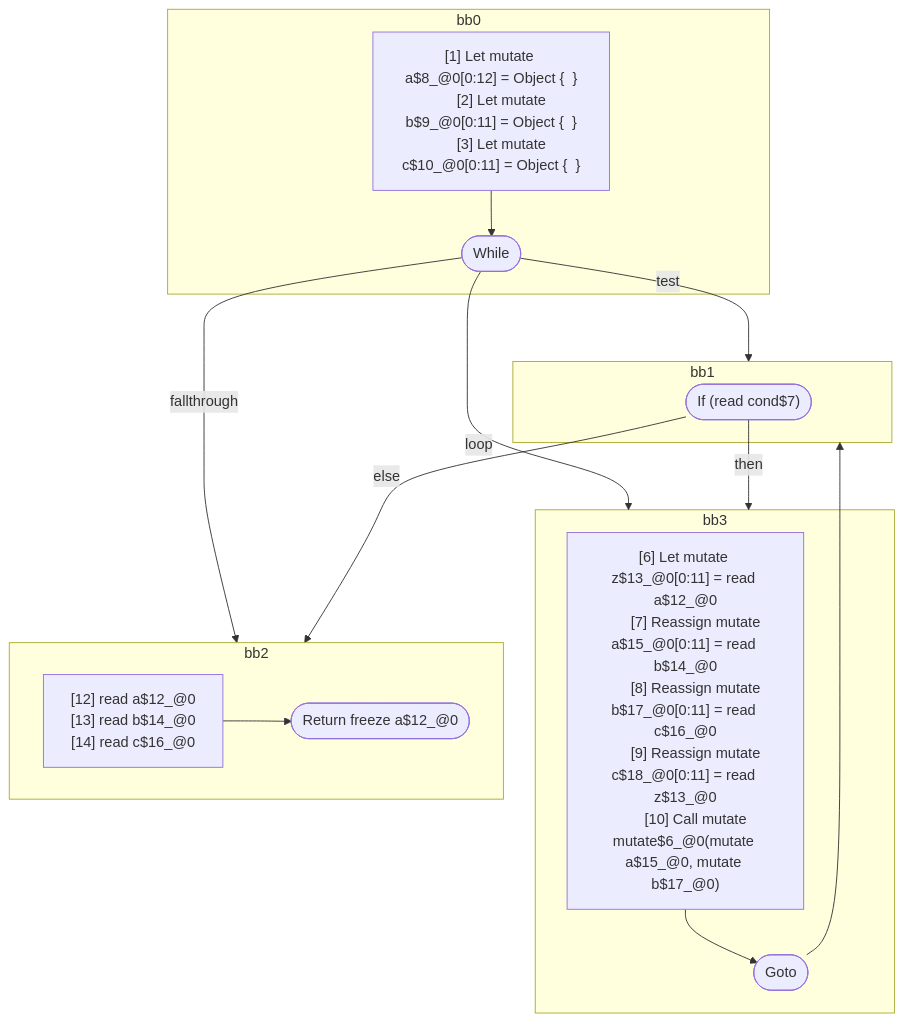
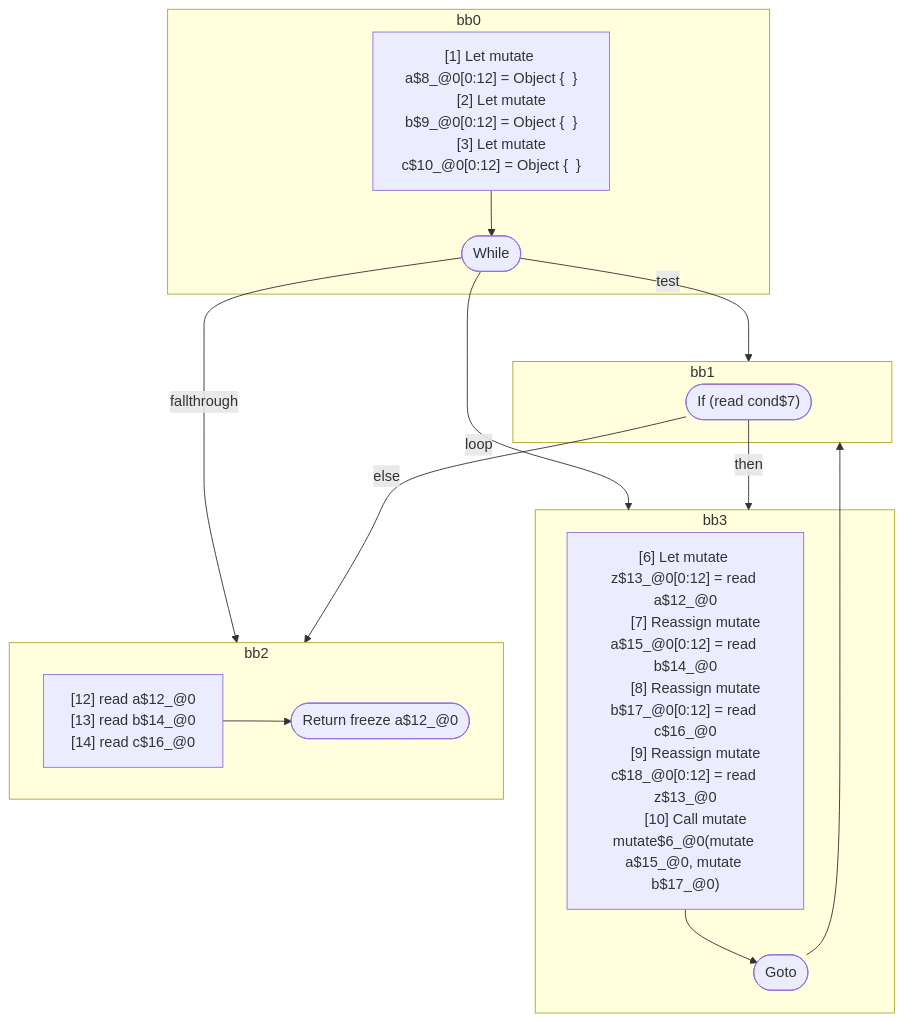
The first of 2 diagrams in compiler/forget/src/__tests__/fixtures/hir/alias-while.expect.md (wutsmog/private), drawn with Mermaid before and after one commit. The commit also changed other lines of this file and 30 other files, not shown here.

First line of the commit message:
Merge scopes that interleave or cross control-flow boundaries together

````diff
--- a/compiler/forget/src/__tests__/fixtures/hir/alias-while.expect.md
+++ b/compiler/forget/src/__tests__/fixtures/hir/alias-while.expect.md
@@ -58,42 +58,42 @@
 ```mermaid
 flowchart TB
   %% Basic Blocks
   subgraph bb0
     bb0_instrs["
       [1] Let mutate a$8_@0[0:12] = Object {  }
-      [2] Let mutate b$9_@0[0:11] = Object {  }
-      [3] Let mutate c$10_@0[0:11] = Object {  }
+      [2] Let mutate b$9_@0[0:12] = Object {  }
+      [3] Let mutate c$10_@0[0:12] = Object {  }
     "]
     bb0_instrs --> bb0_terminal(["While"])
   end
   subgraph bb1
     bb1_terminal(["If (read cond$7)"])
   end
   subgraph bb3
     bb3_instrs["
-      [6] Let mutate z$13_@0[0:11] = read a$12_@0
-      [7] Reassign mutate a$15_@0[0:11] = read b$14_@0
-      [8] Reassign mutate b$17_@0[0:11] = read c$16_@0
-      [9] Reassign mutate c$18_@0[0:11] = read z$13_@0
+      [6] Let mutate z$13_@0[0:12] = read a$12_@0
+      [7] Reassign mutate a$15_@0[0:12] = read b$14_@0
+      [8] Reassign mutate b$17_@0[0:12] = read c$16_@0
+      [9] Reassign mutate c$18_@0[0:12] = read z$13_@0
       [10] Call mutate mutate$6_@0(mutate a$15_@0, mutate b$17_@0)
     "]
     bb3_instrs --> bb3_terminal(["Goto"])
   end
   subgraph bb2
     bb2_instrs["
       [12] read a$12_@0
       [13] read b$14_@0
       [14] read c$16_@0
     "]
     bb2_instrs --> bb2_terminal(["Return freeze a$12_@0"])
   end
 
   %% Jumps
   bb0_terminal -- "test" --> bb1
   bb0_terminal -- "loop" --> bb3
   bb0_terminal -- "fallthrough" --> bb2
   bb1_terminal -- "then" --> bb3
   bb1_terminal -- "else" --> bb2
   bb3_terminal --> bb1
 
 ```
````
